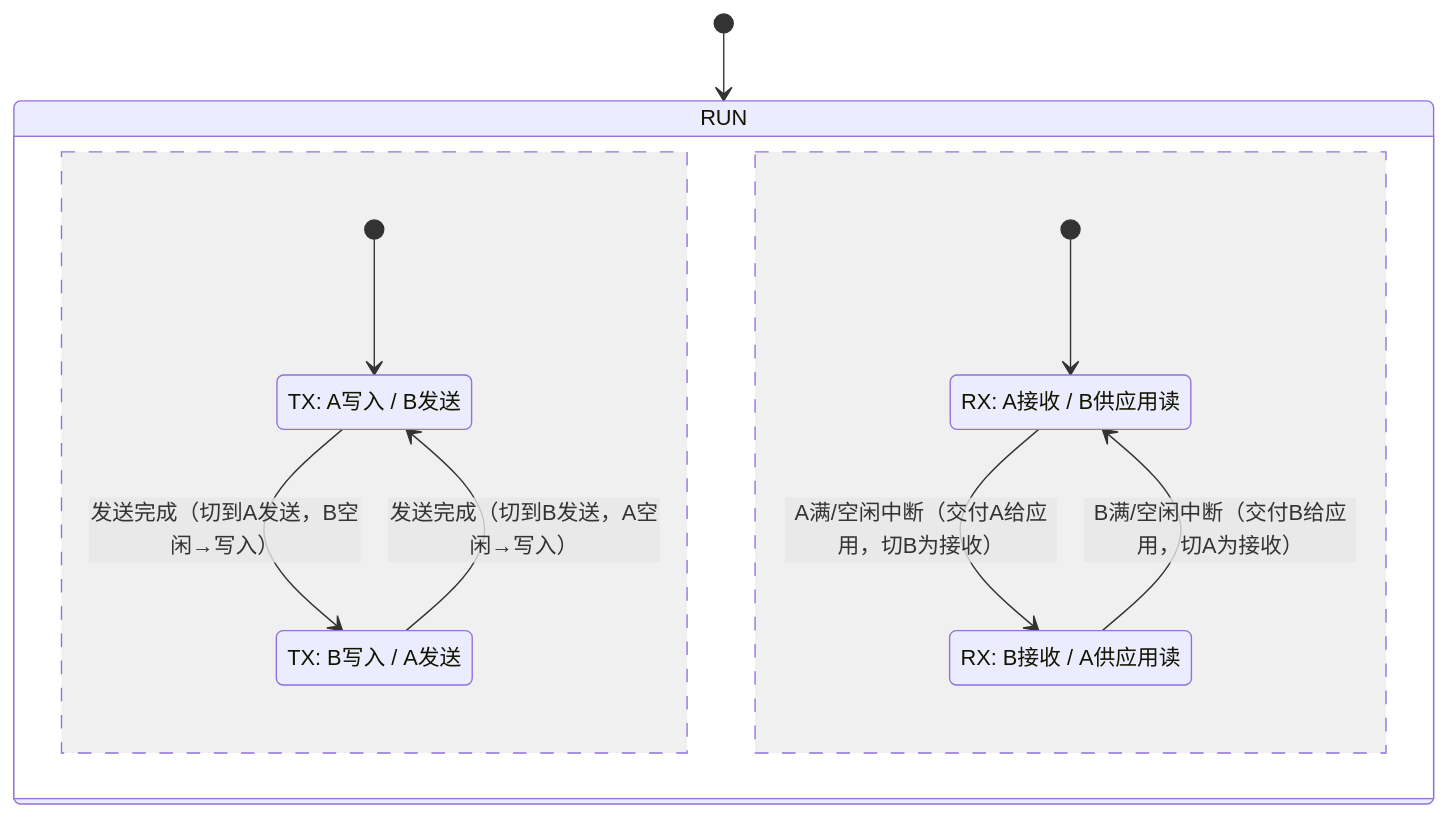
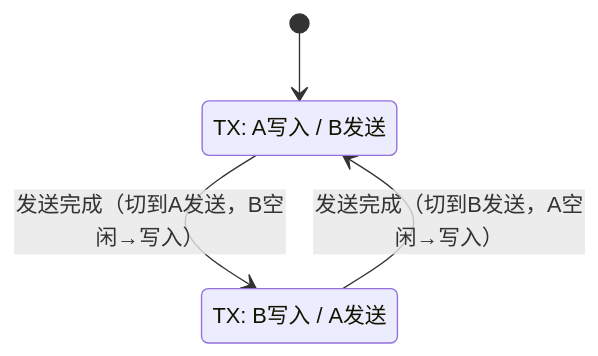
The diagram in docs/adv_coding/driver/dbf.md (xrobot-org/xrobot-org.github.io), drawn with Mermaid before and after one commit. The commit also changed other lines of this file and 28 other files, not shown here.

````diff
--- a/docs/adv_coding/driver/dbf.md
+++ b/docs/adv_coding/driver/dbf.md
@@ -55,23 +55,9 @@
 ```mermaid
 stateDiagram-v2
-  [*] --> RUN
+  [*] --> TX_Awrite_Bsend
+  state "TX: A写入 / B发送" as TX_Awrite_Bsend
+  state "TX: B写入 / A发送" as TX_Bwrite_Asend
 
-  state RUN {
-    %% ================= TX(发送) =================
-    [*] --> TX_Awrite_Bsend
-    state "TX: A写入 / B发送" as TX_Awrite_Bsend
-    state "TX: B写入 / A发送" as TX_Bwrite_Asend
-
-    TX_Awrite_Bsend --> TX_Bwrite_Asend: 发送完成（切到A发送，B空闲→写入）
-    TX_Bwrite_Asend --> TX_Awrite_Bsend: 发送完成（切到B发送，A空闲→写入）
-
-    --
-    %% ================= RX(接收/读) =================
-    [*] --> RX_Arecv_Bread
-    state "RX: A接收 / B供应用读" as RX_Arecv_Bread
-    state "RX: B接收 / A供应用读" as RX_Brecv_Aread
-
-    RX_Arecv_Bread --> RX_Brecv_Aread: A满/空闲中断（交付A给应用，切B为接收）
-    RX_Brecv_Aread --> RX_Arecv_Bread: B满/空闲中断（交付B给应用，切A为接收）
-  }
+  TX_Awrite_Bsend --> TX_Bwrite_Asend: 发送完成（切到A发送，B空闲→写入）
+  TX_Bwrite_Asend --> TX_Awrite_Bsend: 发送完成（切到B发送，A空闲→写入）
 ```
````
